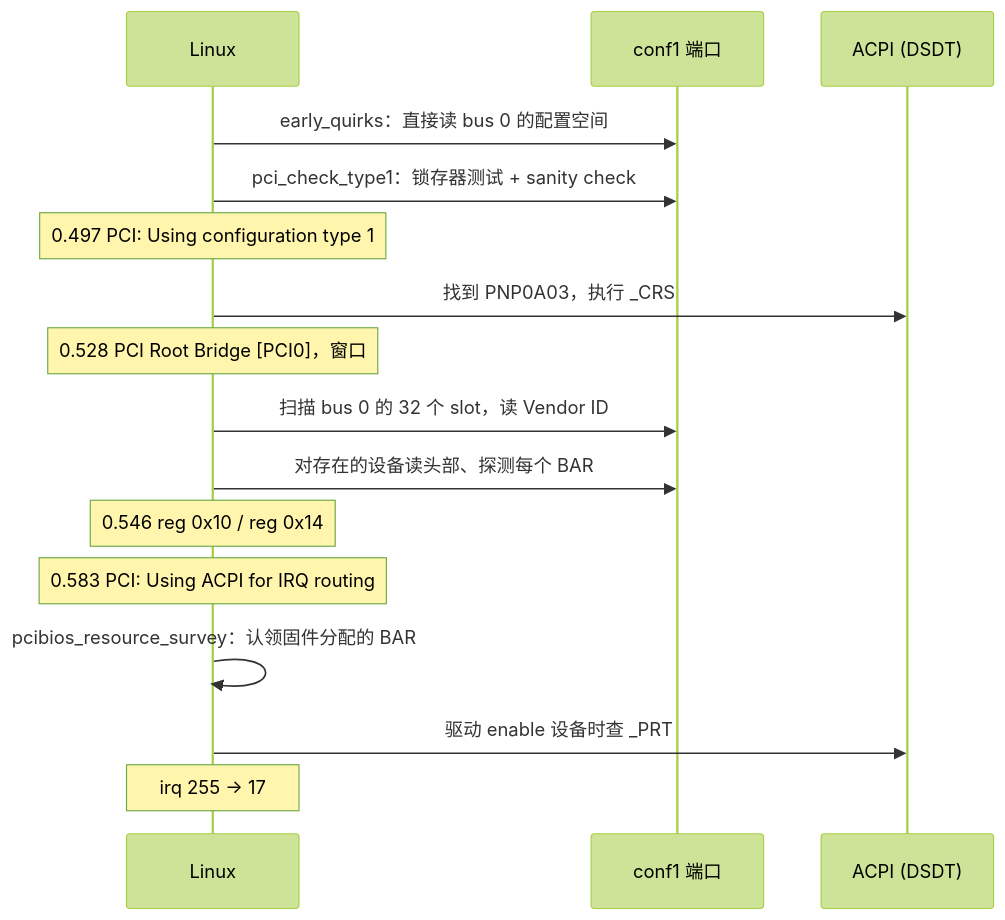
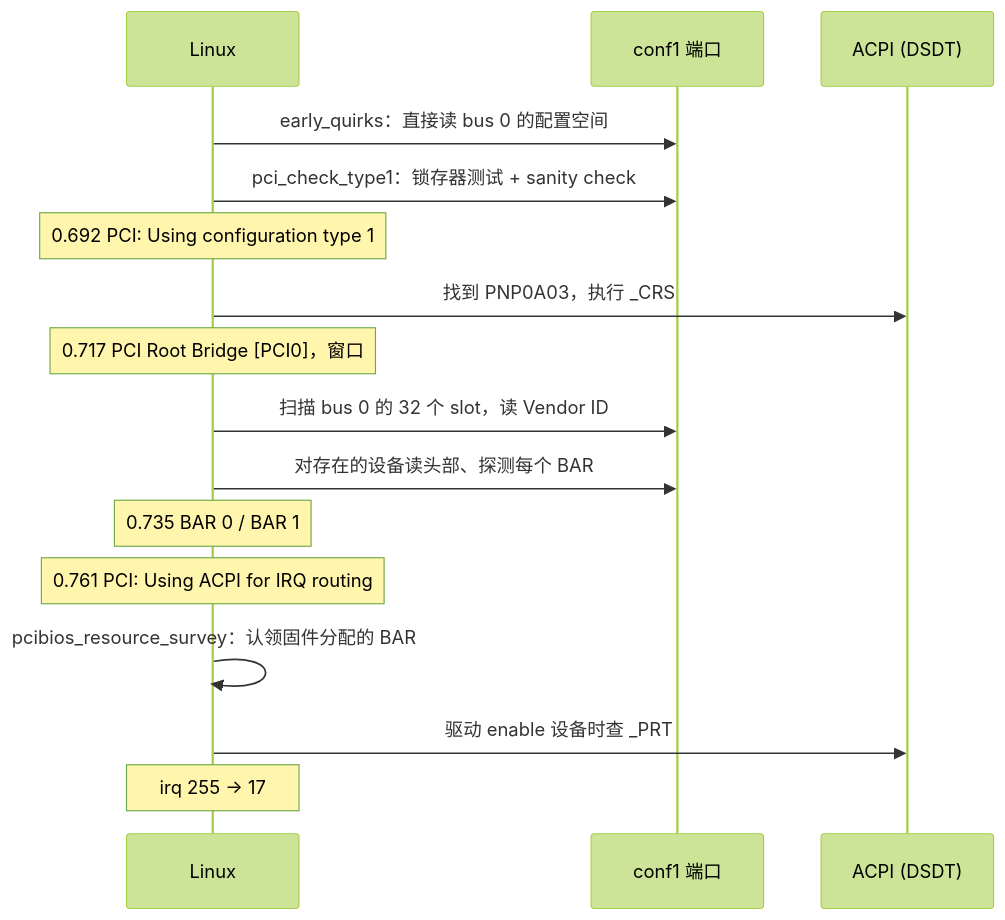
One commit to theSprog/mini-vmm changed the second of 2 diagrams in blog/16.从零入门虚拟化_PCI_原理篇.md. Above: the diagram before and after it, drawn with Mermaid (forest theme). The commit also changed other lines of this file and 32 other files, not shown here.

````diff
--- a/blog/16.从零入门虚拟化_PCI_原理篇.md
+++ b/blog/16.从零入门虚拟化_PCI_原理篇.md
@@ -563,18 +563,18 @@
 ```mermaid
 sequenceDiagram
     participant K as Linux
     participant C as conf1 端口
     participant A as ACPI (DSDT)
     K->>C: early_quirks：直接读 bus 0 的配置空间
     K->>C: pci_check_type1：锁存器测试 + sanity check
-    Note over K: 0.497 PCI: Using configuration type 1
+    Note over K: 0.692 PCI: Using configuration type 1
     K->>A: 找到 PNP0A03，执行 _CRS
-    Note over K: 0.528 PCI Root Bridge [PCI0]，窗口
+    Note over K: 0.717 PCI Root Bridge [PCI0]，窗口
     K->>C: 扫描 bus 0 的 32 个 slot，读 Vendor ID
     K->>C: 对存在的设备读头部、探测每个 BAR
-    Note over K: 0.546 reg 0x10 / reg 0x14
-    Note over K: 0.583 PCI: Using ACPI for IRQ routing
+    Note over K: 0.735 BAR 0 / BAR 1
+    Note over K: 0.761 PCI: Using ACPI for IRQ routing
     K->>K: pcibios_resource_survey：认领固件分配的 BAR
     K->>A: 驱动 enable 设备时查 _PRT
     Note over K: irq 255 → 17
 ```
````
